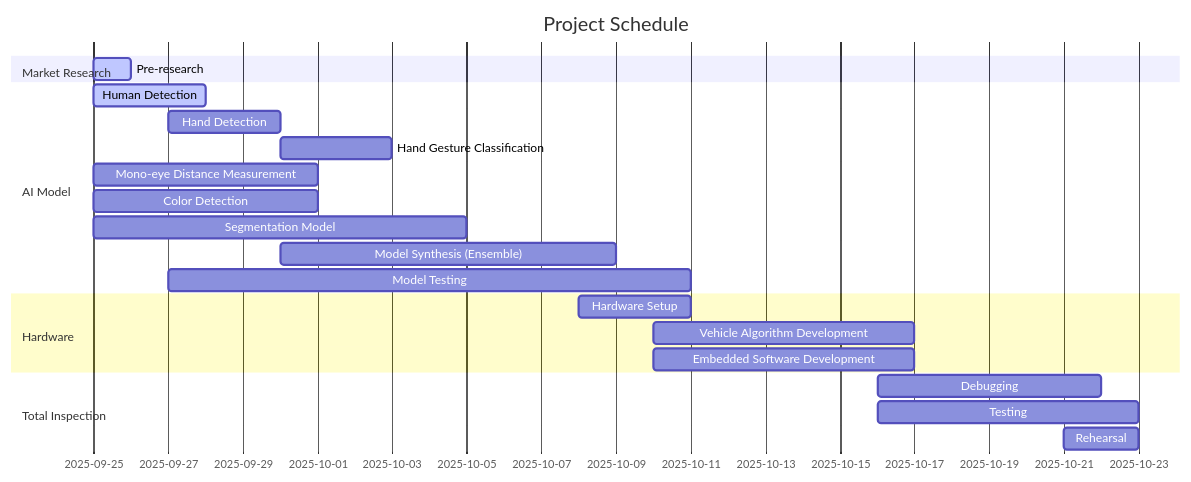
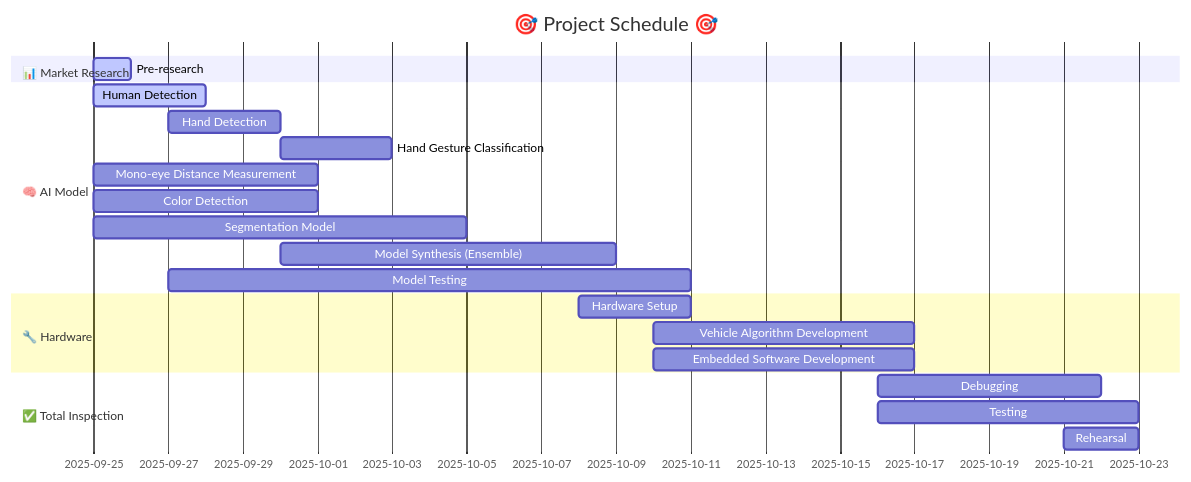
The first of 2 diagrams in README.md (KEG012/openvino-AI-project), drawn with Mermaid before and after one commit. The commit also changed other lines of this file, not shown here.

````diff
--- a/README.md
+++ b/README.md
@@ -8,24 +8,24 @@
 ```mermaid
 gantt
-    title Project Schedule
+    title 🎯 Project Schedule 🎯
     dateFormat  MM/DD
-    section Market Research
+    section 📊 Market Research
     Pre-research        :active,   pre-research, 09/25, 1d
-    section AI Model
+    section 🧠 AI Model
     Human Detection     :active,   human-detection, 09/25, 3d
     Hand Detection      :          hand-detection, 09/27, 3d
     Hand Gesture Classification:   hand-gesture-classification, 09/30, 3d
     Mono-eye Distance Measurement: mono-eye-distance, 09/25, 6d
     Color Detection     :          color-detection, 09/25, 6d
     Segmentation Model  :          segmentation, 09/25, 10d
     Model Synthesis (Ensemble) :    model-synthesis, 09/30, 9d
     Model Testing       :          model-testing, 09/27, 14d
-    section Hardware
+    section 🔧 Hardware
     Hardware Setup      :          hardware-setup, 10/08, 3d
     Vehicle Algorithm Development:  vehicle-algorithm, 10/10, 7d
     Embedded Software Development: embedded-software, 10/10, 7d
-    section Total Inspection
+    section ✅ Total Inspection
     Debugging           :          debugging, 10/16, 6d
     Testing             :          testing, 10/16, 7d
     Rehearsal           :          rehearsal, 10/21, 2d
 ```
````
